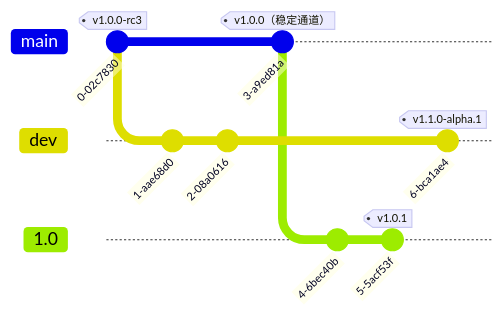
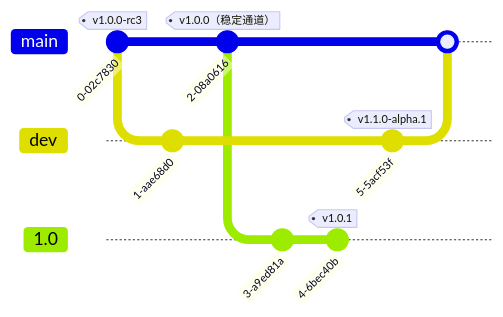
One commit to Qaaxaap/tuack-GUI changed the second of 2 diagrams in README.md. Above: the diagram before and after it, drawn with Mermaid. The commit also changed other lines of this file, not shown here. Commit ids are hidden.

Commit message:
docs: 更新 README

````diff
--- a/README.md
+++ b/README.md
@@ -77,19 +77,20 @@
 ```mermaid
 %%{init: {'gitGraph': {'showBranches': true, 'showCommitLabel':true, 'mainBranchName': 'main'}} }%%
 gitGraph
     commit tag: "v1.0.0-rc3"
 
     branch dev
-    commit
     commit
 
     checkout main
     commit tag: "v1.0.0（稳定通道）"
 
     branch 1.0
     commit
     commit tag: "v1.0.1"
 
     checkout dev
     commit tag: "v1.1.0-alpha.1"
+    switch main
+    merge dev
 ```
````
